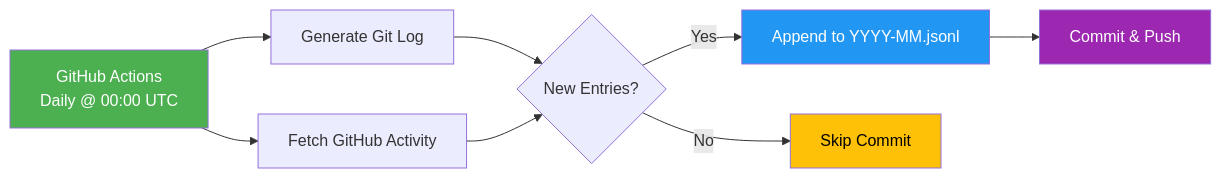
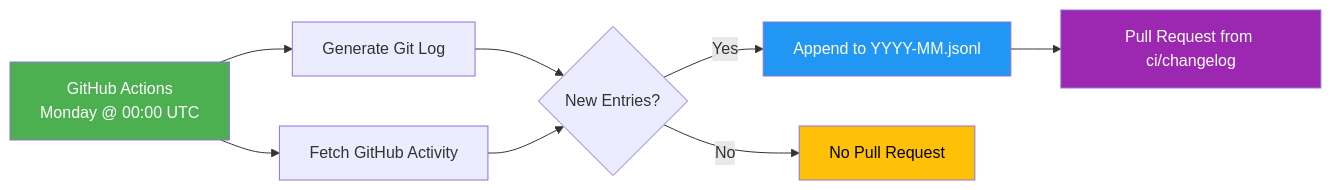
The first of 2 diagrams in codex-history/README.md (framerslab/codex), drawn with Mermaid before and after one commit. The commit also changed other lines of this file and 4 other files, not shown here.

First line of the commit message:
docs: the changelog runs weekly and reaches master through a pull request from ci/changelog, the block tag enhancement opens a pull request or pushes to a labelled one with FRAMERS_BUMP_TOKEN, and the history files are the monthly JSONL files

````diff
--- a/codex-history/README.md
+++ b/codex-history/README.md
@@ -7,15 +7,15 @@
 ```mermaid
 graph LR
-    A[GitHub Actions<br/>Daily @ 00:00 UTC] --> B[Generate Git Log]
+    A[GitHub Actions<br/>Monday @ 00:00 UTC] --> B[Generate Git Log]
     A --> C[Fetch GitHub Activity]
     B --> D{New Entries?}
     C --> D
     D -->|Yes| E[Append to YYYY-MM.jsonl]
-    D -->|No| F[Skip Commit]
-    E --> G[Commit & Push]
+    D -->|No| F[No Pull Request]
+    E --> G[Pull Request from ci/changelog]
     
     style A fill:#4CAF50,color:#fff
     style E fill:#2196F3,color:#fff
     style F fill:#FFC107,color:#000
     style G fill:#9C27B0,color:#fff
 ```
````
